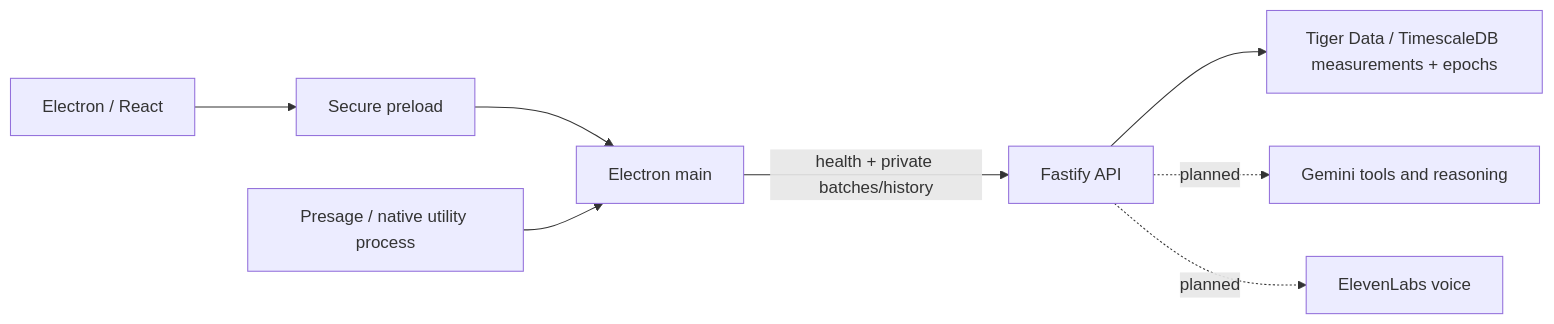
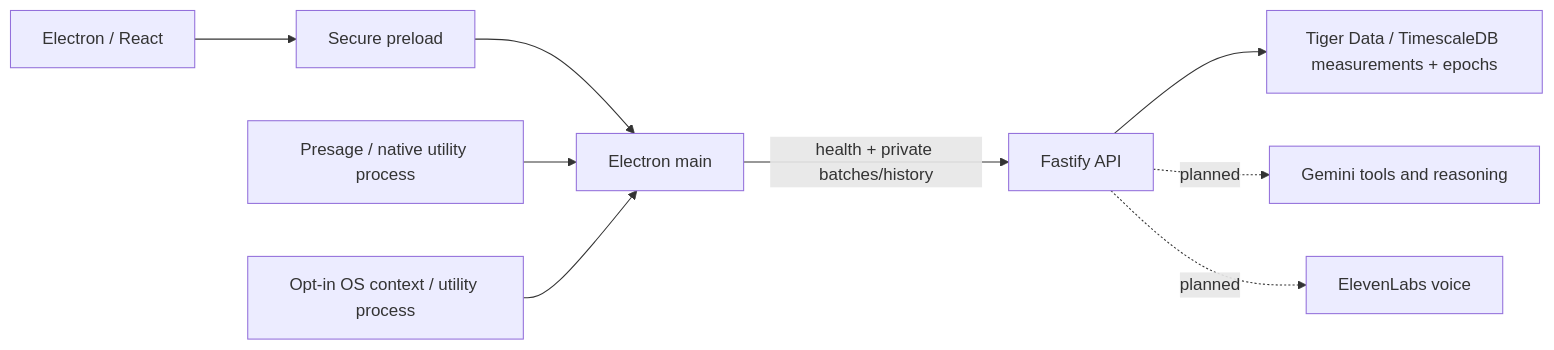
Before and after one commit to Jeffjone/TrueIris: the diagram in README.md, drawn with Mermaid. The commit also changed other lines of this file and 52 other files, not shown here.

````diff
--- a/README.md
+++ b/README.md
@@ -9,10 +9,11 @@
 ```mermaid
 flowchart LR
   UI[Electron / React] --> PRELOAD[Secure preload]
   PRELOAD --> MAIN[Electron main]
   MAIN -->|health + private batches/history| API[Fastify API]
   API --> DB[Tiger Data / TimescaleDB measurements + epochs]
   API -. planned .-> AI[Gemini tools and reasoning]
   API -. planned .-> VOICE[ElevenLabs voice]
   SENSOR[Presage / native utility process] --> MAIN
+  CONTEXT[Opt-in OS context / utility process] --> MAIN
 ```
````
